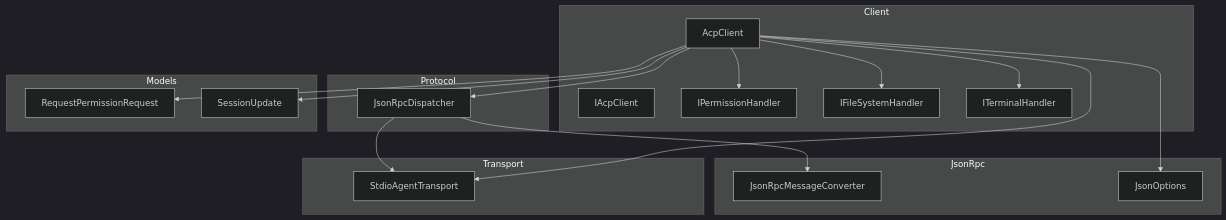
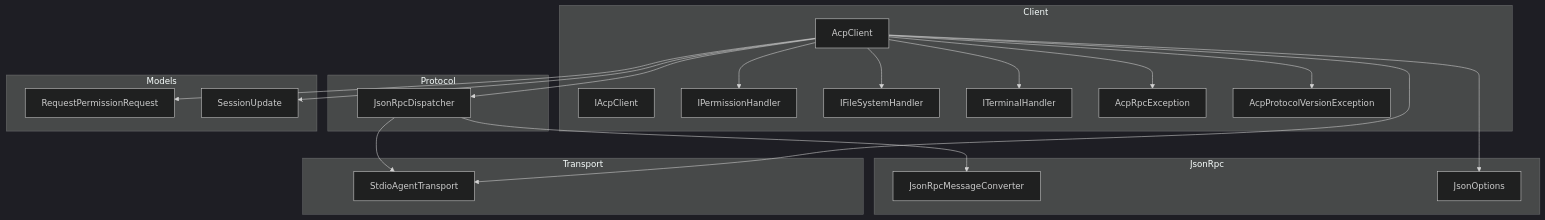
Before and after one commit to AgenticDesktop/ACPLibrary: the first of 4 diagrams in .qoder/repowiki/en/content/Troubleshooting Guide.md, drawn with Mermaid (dark theme). The commit also changed other lines of this file and 59 other files, not shown here.

````diff
--- a/.qoder/repowiki/en/content/Troubleshooting Guide.md
+++ b/.qoder/repowiki/en/content/Troubleshooting Guide.md
@@ -44,34 +54,38 @@
 ```mermaid
 graph TB
 subgraph "Client"
 A["AcpClient"]
 I1["IAcpClient"]
 H1["IPermissionHandler"]
 H2["IFileSystemHandler"]
 H3["ITerminalHandler"]
+E1["AcpRpcException"]
+E2["AcpProtocolVersionException"]
 end
 subgraph "Transport"
 T1["StdioAgentTransport"]
 end
 subgraph "Protocol"
 D1["JsonRpcDispatcher"]
 end
 subgraph "JsonRpc"
 C1["JsonRpcMessageConverter"]
 O1["JsonOptions"]
 end
 subgraph "Models"
 M1["RequestPermissionRequest"]
 M2["SessionUpdate"]
 end
 A --> T1
 A --> D1
 A --> H1
 A --> H2
 A --> H3
+A --> E1
+A --> E2
 D1 --> T1
 D1 --> C1
 A --> O1
 A --> M1
 A --> M2
 ```
````
